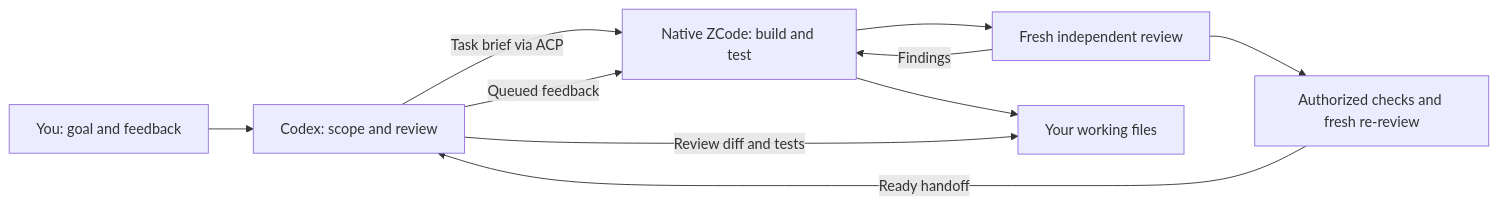
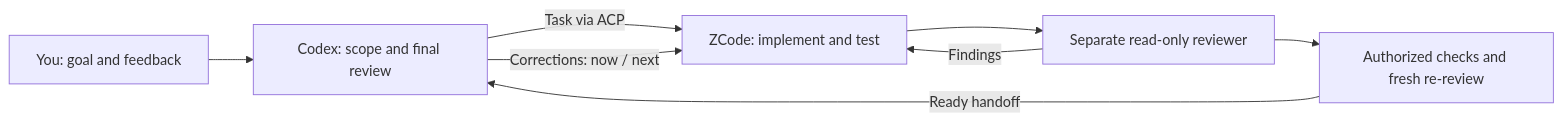
The diagram in README.md (linxiangpk1991/codex-zcode-tandem), drawn with Mermaid before and after one commit. The commit also changed other lines of this file and 10 other files, not shown here.

Commit message:
docs: clarify Codex ZCode use cases and improve project discovery

````diff
--- a/README.md
+++ b/README.md
@@ -64,12 +28,10 @@
 ```mermaid
 flowchart LR
-  U["You: goal and feedback"] --> C["Codex: scope and review"]
-  C -->|"Task brief via ACP"| Z["Native ZCode: build and test"]
-  Z --> R["Fresh independent review"]
+  U["You: goal and feedback"] --> C["Codex: scope and final review"]
+  C -->|"Task via ACP"| Z["ZCode: implement and test"]
+  Z --> R["Separate read-only reviewer"]
   R -->|"Findings"| Z
   R --> V["Authorized checks and fresh re-review"]
   V -->|"Ready handoff"| C
-  C -->|"Queued feedback"| Z
-  Z --> F["Your working files"]
-  C -->|"Review diff and tests"| F
+  C -->|"Corrections: now / next"| Z
 ```
````
